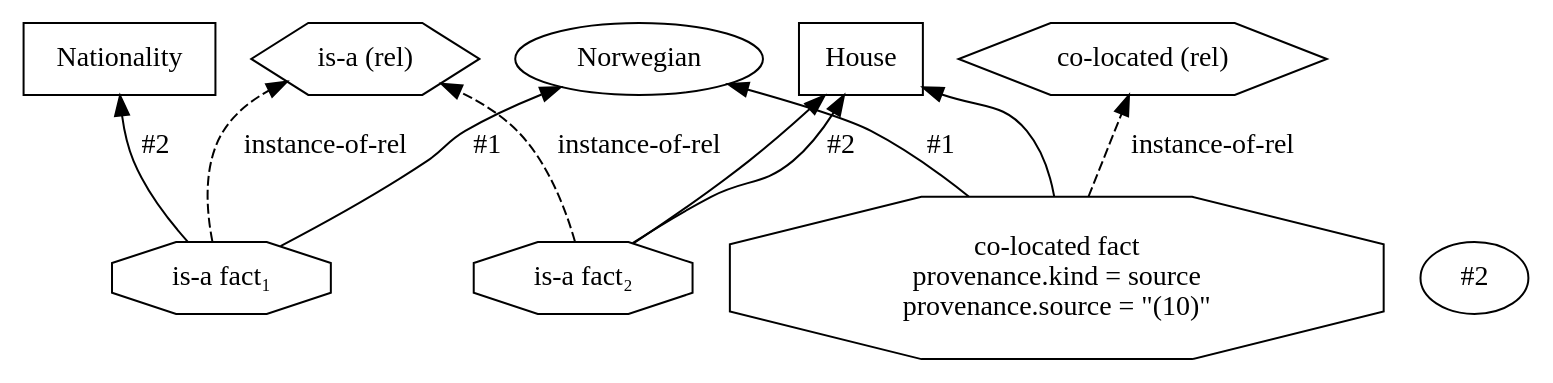
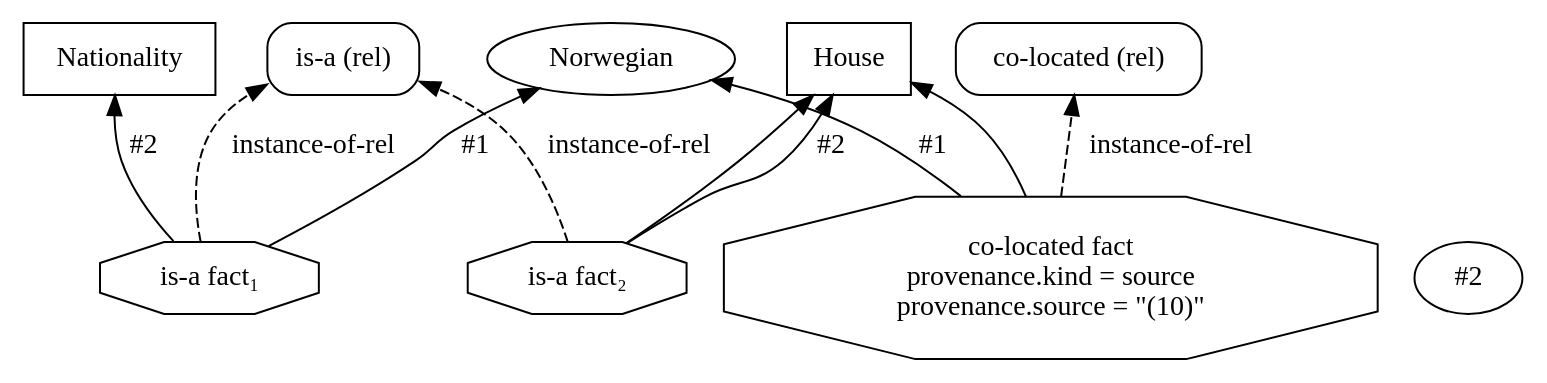
Before and after one commit to agutikov/ein: the seventh of 7 diagrams in docs/kernel/ir/01-ein-graph/01_kb.md, drawn with Graphviz. The commit also changed other lines of this file and 10 other files, not shown here.

````diff
--- a/docs/kernel/ir/01-ein-graph/01_kb.md
+++ b/docs/kernel/ir/01-ein-graph/01_kb.md
@@ -442,36 +457,36 @@
 ```dot
 digraph zebra_fragment_levi {
   rankdir=BT;
 
   // Relation declarations
-  rel_isa   [shape=hexagon, label="is-a (rel)"];
-  rel_coloc [shape=hexagon, label="co-located (rel)"];
+  rel_isa   [shape=box, style=rounded, label="is-a (rel)"];
+  rel_coloc [shape=box, style=rounded, label="co-located (rel)"];
 
   // Types
   Nationality [shape=box];
   House       [shape=box];
 
   // Objects
   Norwegian   [shape=ellipse];
   House-1     [shape=ellipse];
 
   // is-a facts (octagons)
   isa_fact_1 [shape=octagon, label="is-a fact₁"];
   isa_fact_2 [shape=octagon, label="is-a fact₂"];
   isa_fact_1 -> Norwegian   [label="#1"];
   isa_fact_1 -> Nationality [label="#2"];
   isa_fact_2 -> House-1     [label="#1"];
   isa_fact_2 -> House       [label="#2"];
   isa_fact_1 -> rel_isa     [label="instance-of-rel", style=dashed];
   isa_fact_2 -> rel_isa     [label="instance-of-rel", style=dashed];
 
   // The propositional co-located fact
   coloc_fact [
     shape=octagon,
     label="co-located fact\nprovenance.kind = source\nprovenance.source = \"(10)\"",
   ];
   coloc_fact -> Norwegian [label="#1"];
   coloc_fact -> House-1   [label="#2"];
   coloc_fact -> rel_coloc [label="instance-of-rel", style=dashed];
 }
 ```
````
